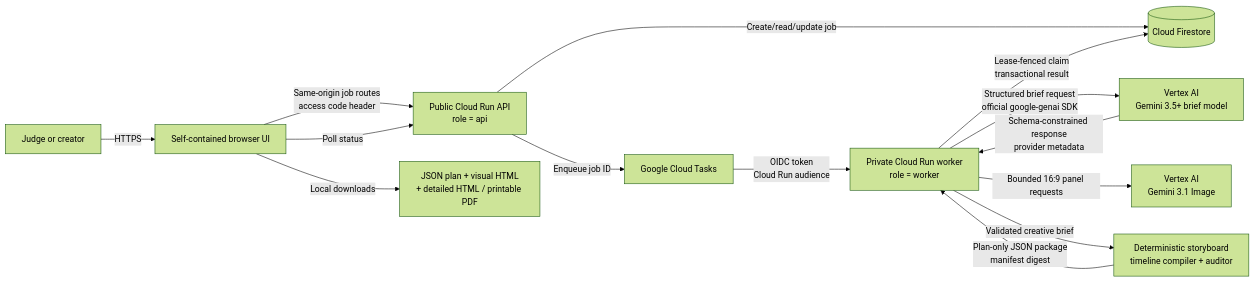
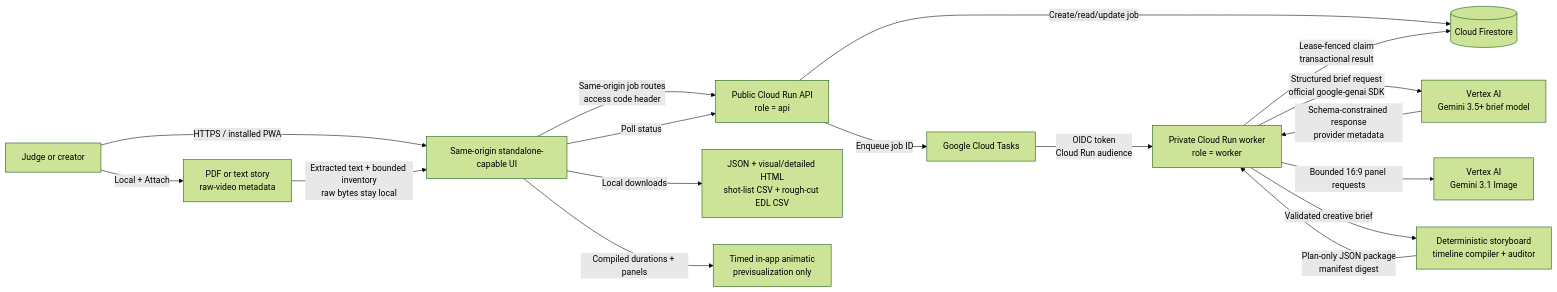
One commit to rmcmurrer81/video-studio-production-director changed the first of 2 diagrams in docs/ARCHITECTURE.md. Above: the diagram before and after it, drawn with Mermaid (forest theme). The commit also changed other lines of this file and 23 other files, not shown here.

````diff
--- a/docs/ARCHITECTURE.md
+++ b/docs/ARCHITECTURE.md
@@ -5,16 +5,19 @@
 ```mermaid
 flowchart LR
-    User[Judge or creator] -->|HTTPS| UI[Self-contained browser UI]
+    User[Judge or creator] -->|HTTPS / installed PWA| UI[Same-origin standalone-capable UI]
+    User -->|Local + Attach| LocalSources[PDF or text story<br/>raw-video metadata]
+    LocalSources -->|Extracted text + bounded inventory<br/>raw bytes stay local| UI
     UI -->|Same-origin job routes<br/>access code header| API[Public Cloud Run API<br/>role = api]
     API -->|Create/read/update job| DB[(Cloud Firestore)]
     API -->|Enqueue job ID| Queue[Google Cloud Tasks]
     Queue -->|OIDC token<br/>Cloud Run audience| Worker[Private Cloud Run worker<br/>role = worker]
     Worker -->|Lease-fenced claim<br/>transactional result| DB
     Worker -->|Structured brief request<br/>official google-genai SDK| Vertex[Vertex AI<br/>Gemini 3.5+ brief model]
     Worker -->|Bounded 16:9 panel requests| ImageModel[Vertex AI<br/>Gemini 3.1 Image]
     Vertex -->|Schema-constrained response<br/>provider metadata| Worker
     Worker -->|Validated creative brief| Compiler[Deterministic storyboard<br/>timeline compiler + auditor]
     Compiler -->|Plan-only JSON package<br/>manifest digest| Worker
     UI -->|Poll status| API
-    UI -->|Local downloads| Package[JSON plan + visual HTML<br/>+ detailed HTML / printable PDF]
+    UI -->|Local downloads| Package[JSON + visual/detailed HTML<br/>shot-list CSV + rough-cut EDL CSV]
+    UI -->|Compiled durations + panels| Animatic[Timed in-app animatic<br/>previsualization only]
 ```
````
